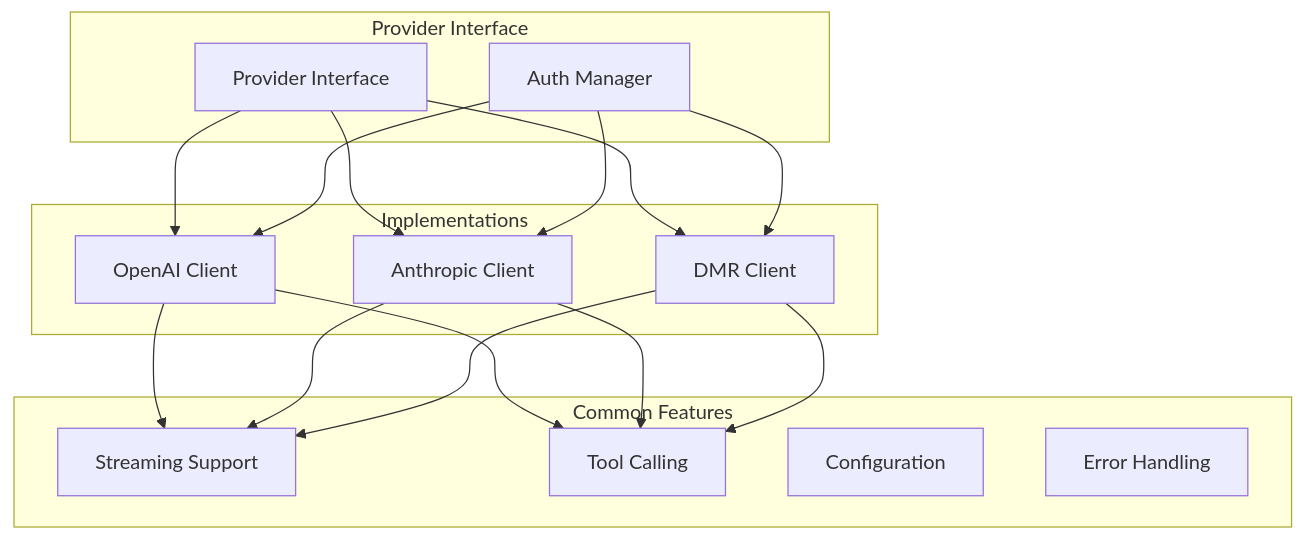
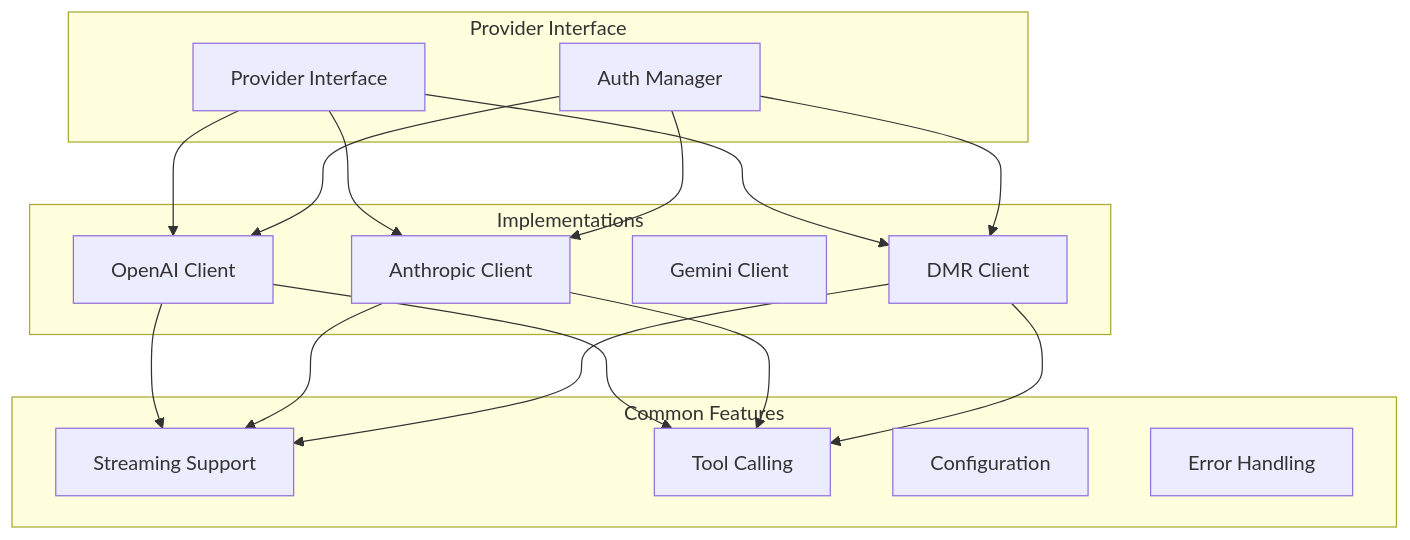
The fifth of 12 diagrams in docs/architecture.md (vvoland/cagent), drawn with Mermaid before and after one commit. The commit also changed other lines of this file and 13 other files, not shown here.

````diff
--- a/docs/architecture.md
+++ b/docs/architecture.md
@@ -288,36 +289,37 @@
 ```mermaid
 graph TB
     subgraph "Provider Interface"
         INTERFACE[Provider Interface]
         AUTH[Auth Manager]
     end
 
     subgraph "Implementations"
         OPENAI[OpenAI Client]
         ANTHROPIC[Anthropic Client]
+        GEMINI[Gemini Client]
         DMR[DMR Client]
     end
 
     subgraph "Common Features"
         STREAMING[Streaming Support]
         TOOLS_SUPPORT[Tool Calling]
         CONFIG[Configuration]
         ERROR[Error Handling]
     end
 
     INTERFACE --> OPENAI
     INTERFACE --> ANTHROPIC
     INTERFACE --> DMR
 
     AUTH --> OPENAI
     AUTH --> ANTHROPIC
     AUTH --> DMR
 
     OPENAI --> STREAMING
     ANTHROPIC --> STREAMING
     DMR --> STREAMING
 
     OPENAI --> TOOLS_SUPPORT
     ANTHROPIC --> TOOLS_SUPPORT
     DMR --> TOOLS_SUPPORT
 ```
````
